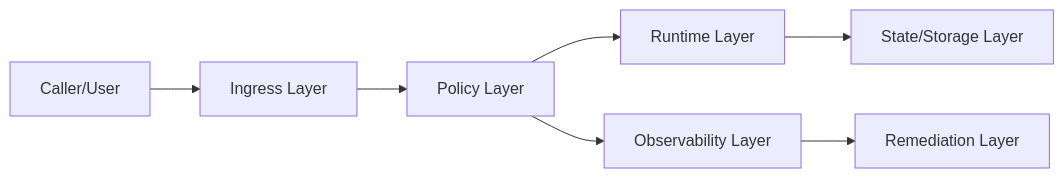
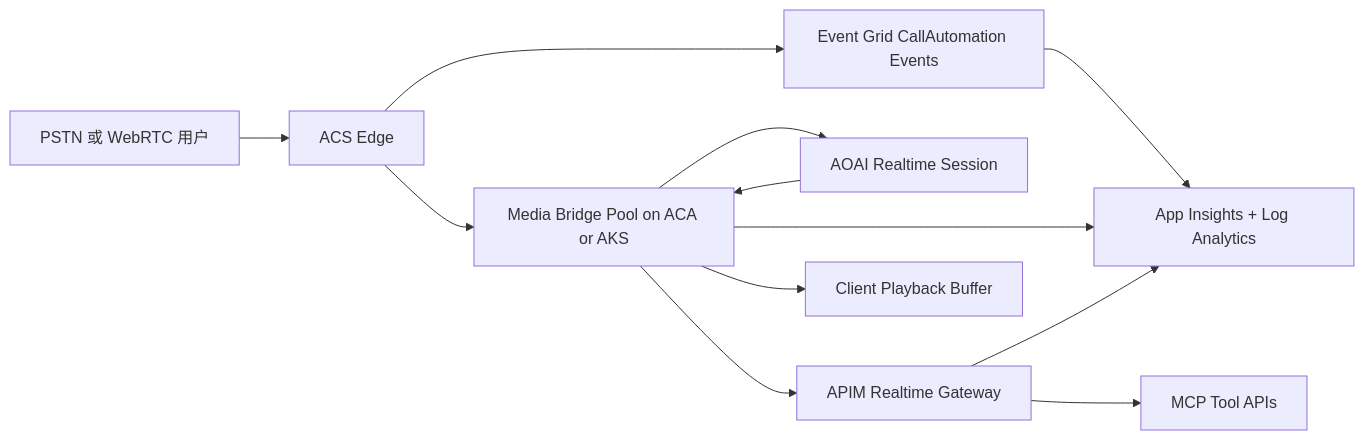
The first of 2 diagrams in workshops/azure-agent-infra/acs-aoai-realtime-webrtc-voice-agent-turn-bargein-faq-r1101.md (turbo998/ai-infra-lab), drawn with Mermaid before and after one commit. The commit also changed other lines of this file and 5 other files, not shown here.

````diff
--- a/workshops/azure-agent-infra/acs-aoai-realtime-webrtc-voice-agent-turn-bargein-faq-r1101.md
+++ b/workshops/azure-agent-infra/acs-aoai-realtime-webrtc-voice-agent-turn-bargein-faq-r1101.md
@@ -126,9 +126,14 @@
 ```mermaid
 flowchart LR
-  Client[Caller/User] --> Ingress[Ingress Layer]
-  Ingress --> Policy[Policy Layer]
-  Policy --> Runtime[Runtime Layer]
-  Runtime --> State[State/Storage Layer]
-  Policy --> Observe[Observability Layer]
-  Observe --> Remediate[Remediation Layer]
+  Caller[PSTN 或 WebRTC 用户] --> ACS[ACS Edge]
+  ACS --> EV[Event Grid CallAutomation Events]
+  ACS --> Bridge[Media Bridge Pool on ACA or AKS]
+  Bridge --> RT[AOAI Realtime Session]
+  Bridge --> APIM[APIM Realtime Gateway]
+  APIM --> MCP[MCP Tool APIs]
+  RT --> Bridge
+  Bridge --> Player[Client Playback Buffer]
+  EV --> Observe[App Insights + Log Analytics]
+  Bridge --> Observe
+  APIM --> Observe
 ```
````
